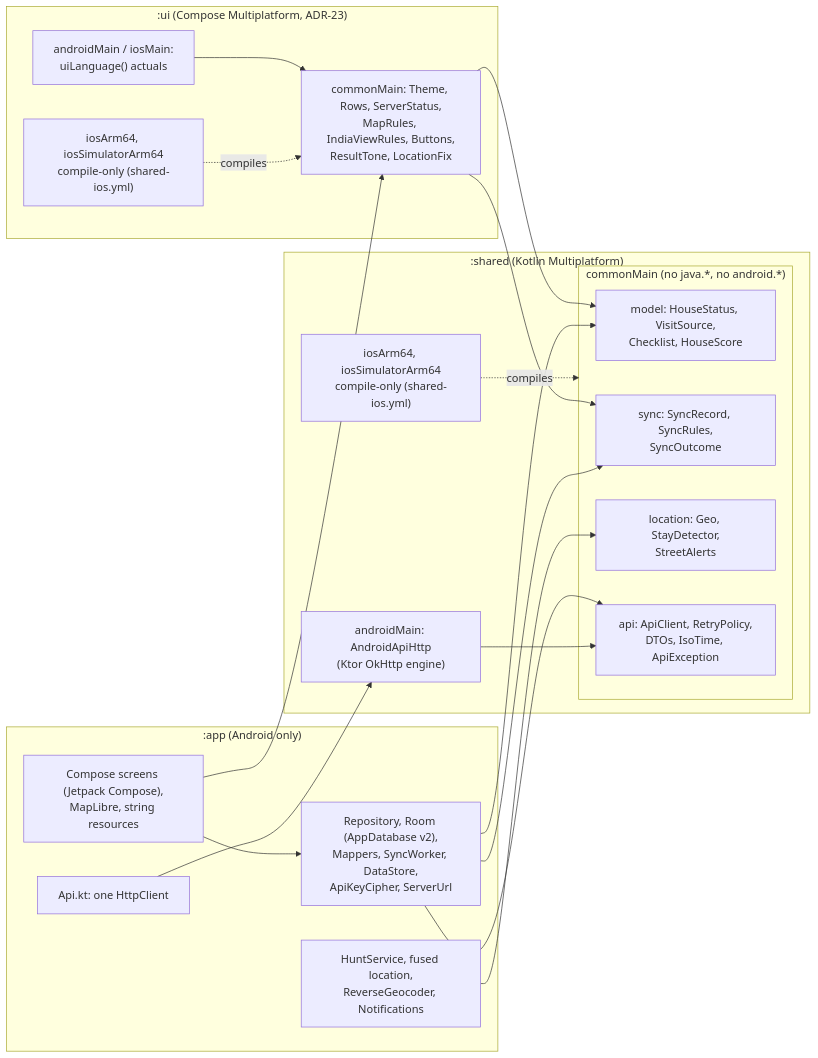
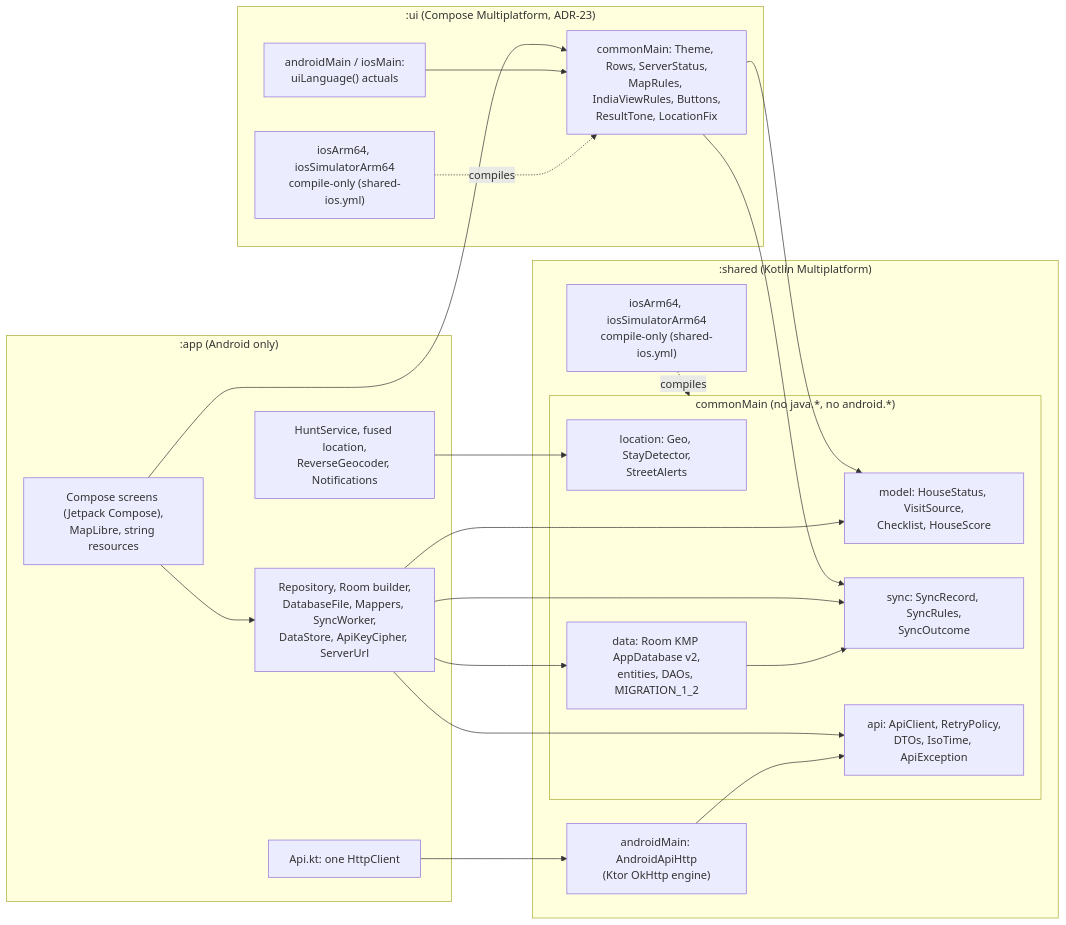
The fifth of 17 diagrams in docs/03-design.md (Sriram-Codes-SW/doorprints), drawn with Mermaid before and after one commit. The commit also changed other lines of this file and 8 other files, not shown here.

````diff
--- a/docs/03-design.md
+++ b/docs/03-design.md
@@ -225,37 +226,40 @@
 ```mermaid
 flowchart LR
     subgraph app[":app (Android only)"]
         ui["Compose screens (Jetpack Compose),<br/>MapLibre, string resources"]
         plat["HuntService, fused location,<br/>ReverseGeocoder, Notifications"]
-        data["Repository, Room (AppDatabase v2),<br/>Mappers, SyncWorker, DataStore,<br/>ApiKeyCipher, ServerUrl"]
+        data["Repository, Room builder,<br/>DatabaseFile, Mappers, SyncWorker,<br/>DataStore, ApiKeyCipher, ServerUrl"]
         apiw["Api.kt: one HttpClient"]
     end
     subgraph shared[":shared (Kotlin Multiplatform)"]
         subgraph cm["commonMain (no java.*, no android.*)"]
             model["model: HouseStatus, VisitSource,<br/>Checklist, HouseScore"]
             sync["sync: SyncRecord, SyncRules,<br/>SyncOutcome"]
             loc["location: Geo, StayDetector,<br/>StreetAlerts"]
             api["api: ApiClient, RetryPolicy,<br/>DTOs, IsoTime, ApiException"]
+            room["data: Room KMP AppDatabase v2,<br/>entities, DAOs, MIGRATION_1_2"]
         end
         am["androidMain: AndroidApiHttp<br/>(Ktor OkHttp engine)"]
         ios["iosArm64, iosSimulatorArm64<br/>compile-only (shared-ios.yml)"]
     end
     subgraph uim[":ui (Compose Multiplatform, ADR-23)"]
         uicm["commonMain: Theme, Rows, ServerStatus,<br/>MapRules, IndiaViewRules, Buttons,<br/>ResultTone, LocationFix"]
         uiam["androidMain / iosMain:<br/>uiLanguage() actuals"]
         uiios["iosArm64, iosSimulatorArm64<br/>compile-only (shared-ios.yml)"]
     end
     ui --> uicm
     uicm --> model
     uicm --> sync
     uiam --> uicm
     uiios -.->|"compiles"| uicm
     ui --> data
     plat --> loc
     data --> sync
     data --> model
     data --> api
+    data --> room
+    room --> sync
     apiw --> am
     am --> api
     ios -.->|"compiles"| cm
 ```
````
